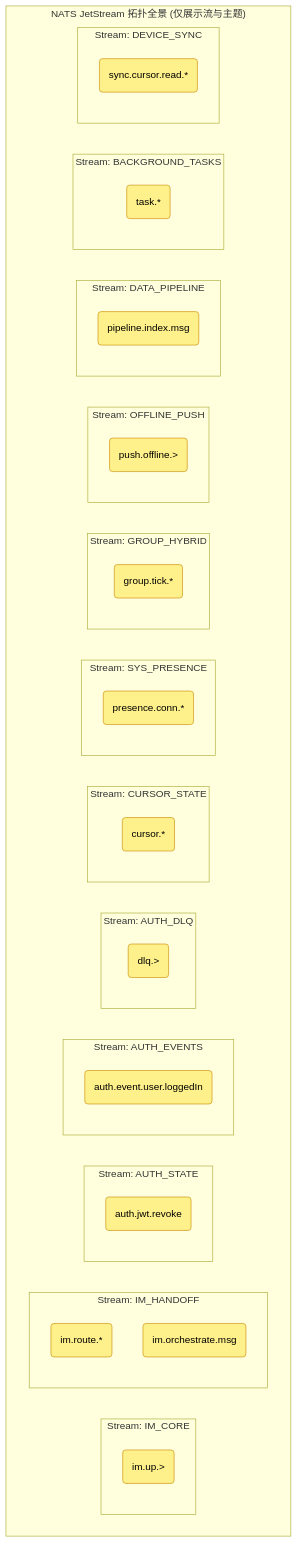
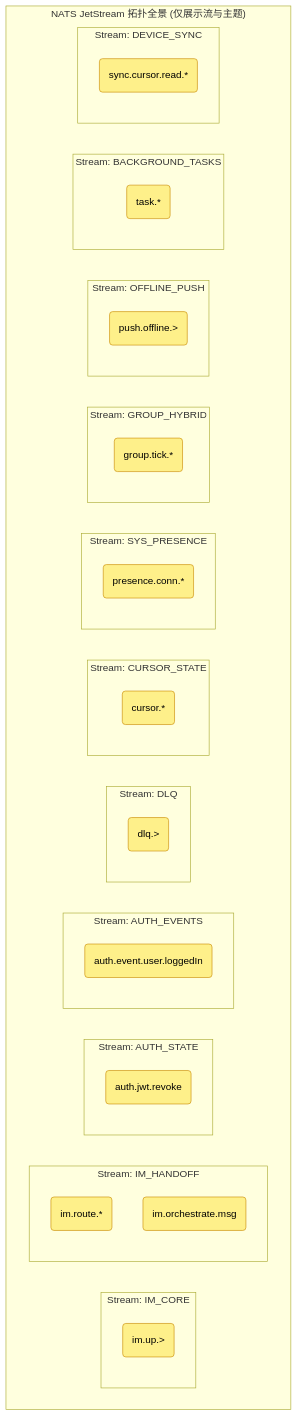
The first of 12 diagrams in i18n/zh-CN/docusaurus-plugin-content-docs/current/devdocs/jetstream-strategy.md (JamesWilson19970101/ocean.chat.docs), drawn with Mermaid before and after one commit. The commit also changed other lines of this file and 5 other files, not shown here.

First line of the commit message:
docs(architecture): update JetStream strategy, microservices and ADRs

````diff
--- a/i18n/zh-CN/docusaurus-plugin-content-docs/current/devdocs/jetstream-strategy.md
+++ b/i18n/zh-CN/docusaurus-plugin-content-docs/current/devdocs/jetstream-strategy.md
@@ -25,45 +25,42 @@
 ```mermaid
 flowchart TB
     classDef stream fill:#dcfce7,stroke:#16a34a,stroke-width:2px,color:#000;
     classDef subject fill:#fef08a,stroke:#ca8a04,stroke-width:1px,color:#000;
 
     subgraph JetStream ["NATS JetStream 拓扑全景 (仅展示流与主题)"]
         subgraph S_CORE ["Stream: IM_CORE"]
             UP("im.up.>"):::subject
         end
         subgraph S_HANDOFF ["Stream: IM_HANDOFF"]
             ROUTE("im.route.*"):::subject
             ORCH("im.orchestrate.msg"):::subject
         end
         subgraph S_AUTH ["Stream: AUTH_STATE"]
             REVOKE("auth.jwt.revoke"):::subject
         end
         subgraph S_AUTH_EVENTS ["Stream: AUTH_EVENTS"]
             LOGGEDIN("auth.event.user.loggedIn"):::subject
         end
-        subgraph S_AUTH_DLQ ["Stream: AUTH_DLQ"]
+        subgraph S_DLQ ["Stream: DLQ"]
             DLQ("dlq.>"):::subject
         end
         subgraph S_CURSOR ["Stream: CURSOR_STATE"]
             CURSOR("cursor.*"):::subject
         end
         subgraph S_SYS ["Stream: SYS_PRESENCE"]
             CONN("presence.conn.*"):::subject
         end
         subgraph S_HYBRID ["Stream: GROUP_HYBRID"]
             TICK("group.tick.*"):::subject
         end
         subgraph S_PUSH ["Stream: OFFLINE_PUSH"]
             PUSH("push.offline.>"):::subject
         end
-        subgraph S_PIPE ["Stream: DATA_PIPELINE"]
-            INDEX("pipeline.index.msg"):::subject
-        end
         subgraph S_TASK ["Stream: BACKGROUND_TASKS"]
             TASK("task.*"):::subject
         end
         subgraph S_SYNC ["Stream: DEVICE_SYNC"]
             SYNC("sync.cursor.read.*"):::subject
         end
     end
 ```
````
